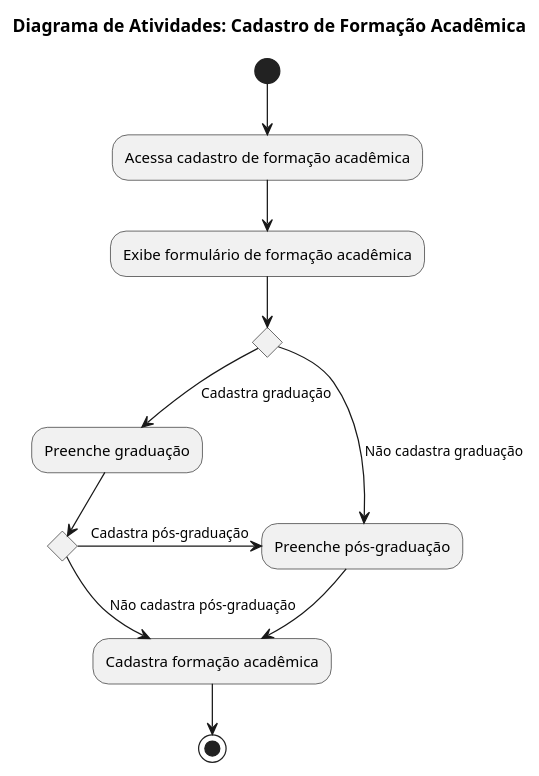
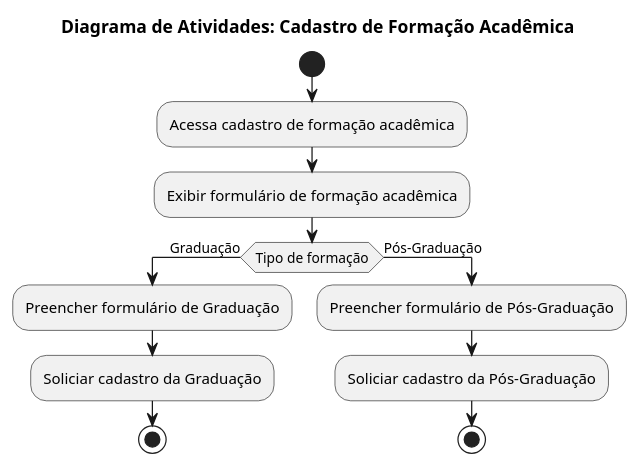
One commit to WellingtonFelipeLS/Lattes-Simplificado changed the diagram in Diagramas/Formação Acadêmica/diagAtivCadFormAcademica.wsd. Above: the diagram before and after it, drawn with PlantUML. The commit also changed 19 other files, not shown here.

Commit message:
Patronização dos diagramas.

```diff
--- a/Diagramas/Formação Acadêmica/diagAtivCadFormAcademica.wsd
+++ b/Diagramas/Formação Acadêmica/diagAtivCadFormAcademica.wsd
@@ -1,19 +1,17 @@
 @startuml   diagramaAtividade
 
     title "Diagrama de Atividades: Cadastro de Formação Acadêmica"
 
-    (*) --> Acessa cadastro de formação acadêmica 
-    --> Exibe formulário de formação acadêmica
-    if "" then
-    -->[Cadastra graduação] Preenche graduação
-            if "" then
-            ->[Cadastra pós-graduação] "Preenche pós-graduação" as PGrad
-            --> "Cadastra formação acadêmica" as FA
-            else
-            -->[Não cadastra pós-graduação] FA
-            -->(*)
-            endif
-    else
-    -->[Não cadastra graduação] PGrad
+	start
+    :Acessa cadastro de formação acadêmica;
+    :Exibir formulário de formação acadêmica;
+    if (Tipo de formação) then (Graduação)
+    	:Preencher formulário de Graduação;
+		:Soliciar cadastro da Graduação;
+		stop
+    else (Pós-Graduação)
+    	:Preencher formulário de Pós-Graduação;
+		:Soliciar cadastro da Pós-Graduação;
+		stop
     endif
 @enduml
```
